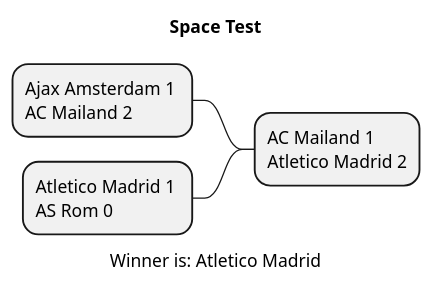
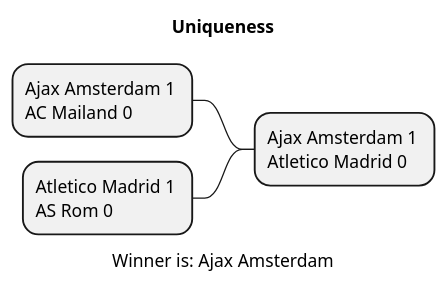
The diagram in asciidocs/plantuml/Result.puml (htl-leonding-project/2022-4ahif-autohaus), drawn with PlantUML before and after one commit. The commit also changed 18 other files, not shown here.

```diff
--- a/asciidocs/plantuml/Result.puml
+++ b/asciidocs/plantuml/Result.puml
@@ -1,10 +1,10 @@
-@startmindmap Space Test.png
-title Space Test
+@startmindmap Uniqueness.png
+title Uniqueness
 
-- AC Mailand 1 \nAtletico Madrid 2
+- Ajax Amsterdam 1 \nAtletico Madrid 0
 
--- Ajax Amsterdam 1 \nAC Mailand 2
+-- Ajax Amsterdam 1 \nAC Mailand 0
 
 -- Atletico Madrid 1 \nAS Rom 0
-caption Winner is: Atletico Madrid
+caption Winner is: Ajax Amsterdam
 @endmindmap
```
